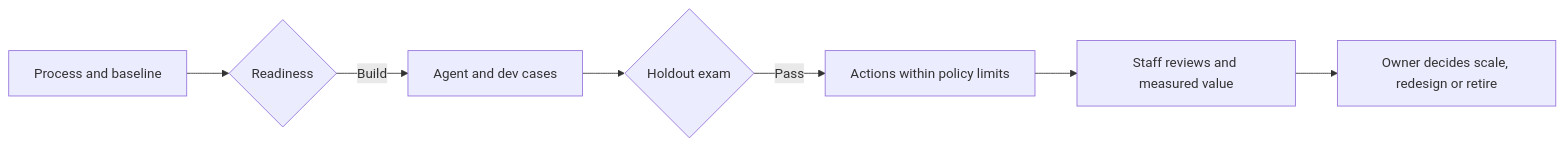
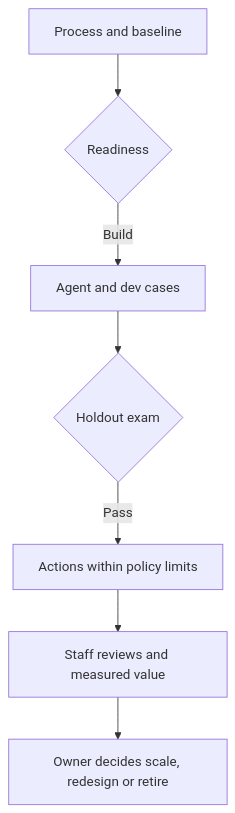
Before and after one commit to kirmskhq/ai-agent-launch-platform: the second of 2 diagrams in README.md, drawn with Mermaid. The commit also changed other lines of this file, not shown here.

Commit message:
docs: draw the flow diagram top-down so it stays readable

````diff
--- a/README.md
+++ b/README.md
@@ -75,9 +75,9 @@
 ```mermaid
-flowchart LR
+flowchart TD
     P[Process and baseline] --> R{Readiness}
     R -->|Build| D[Agent and dev cases]
     D --> E{Holdout exam}
     E -->|Pass| A[Actions within policy limits]
     A --> V[Staff reviews and measured value]
     V --> O[Owner decides scale, redesign or retire]
 ```
````
